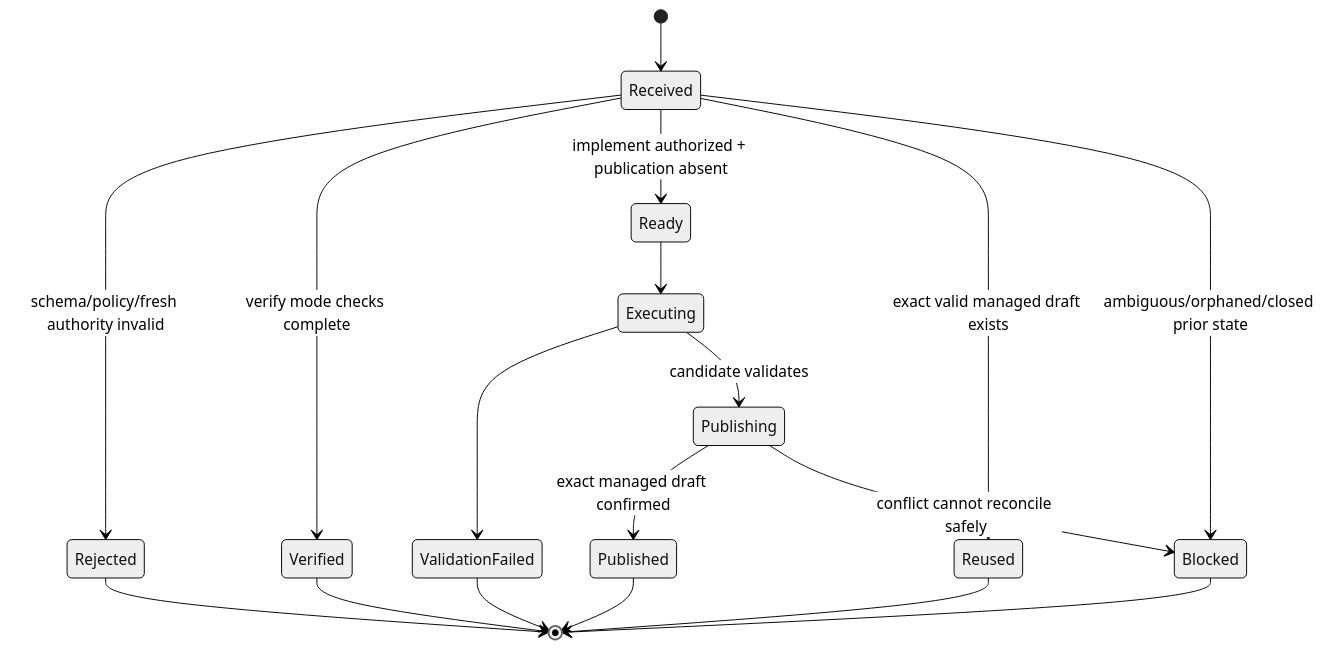
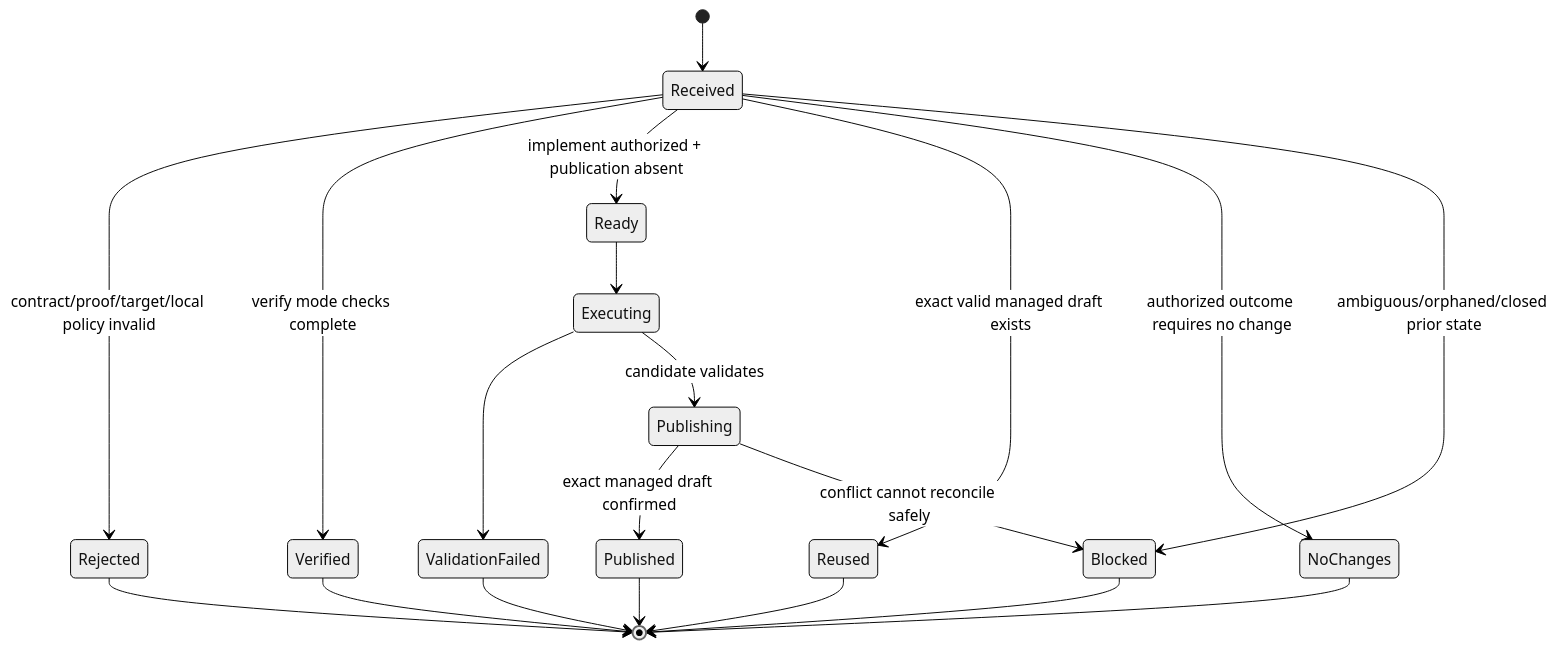
The sixth of 6 diagrams in docs/architecture/StateModels.md (Young-Consultations/consulting-playbook), drawn with Mermaid (neutral theme) before and after one commit. The commit also changed other lines of this file and 21 other files, not shown here.

````diff
--- a/docs/architecture/StateModels.md
+++ b/docs/architecture/StateModels.md
@@ -101,20 +101,22 @@
 ```mermaid
 stateDiagram-v2
   [*] --> Received
-  Received --> Rejected: schema/policy/fresh authority invalid
+  Received --> Rejected: contract/proof/target/local policy invalid
   Received --> Verified: verify mode checks complete
   Received --> Ready: implement authorized + publication absent
   Received --> Reused: exact valid managed draft exists
+  Received --> NoChanges: authorized outcome requires no change
   Received --> Blocked: ambiguous/orphaned/closed prior state
   Ready --> Executing
   Executing --> ValidationFailed
   Executing --> Publishing: candidate validates
   Publishing --> Published: exact managed draft confirmed
   Publishing --> Blocked: conflict cannot reconcile safely
   Verified --> [*]
+  NoChanges --> [*]
   Reused --> [*]
   Published --> [*]
   Rejected --> [*]
   ValidationFailed --> [*]
   Blocked --> [*]
 ```
````
